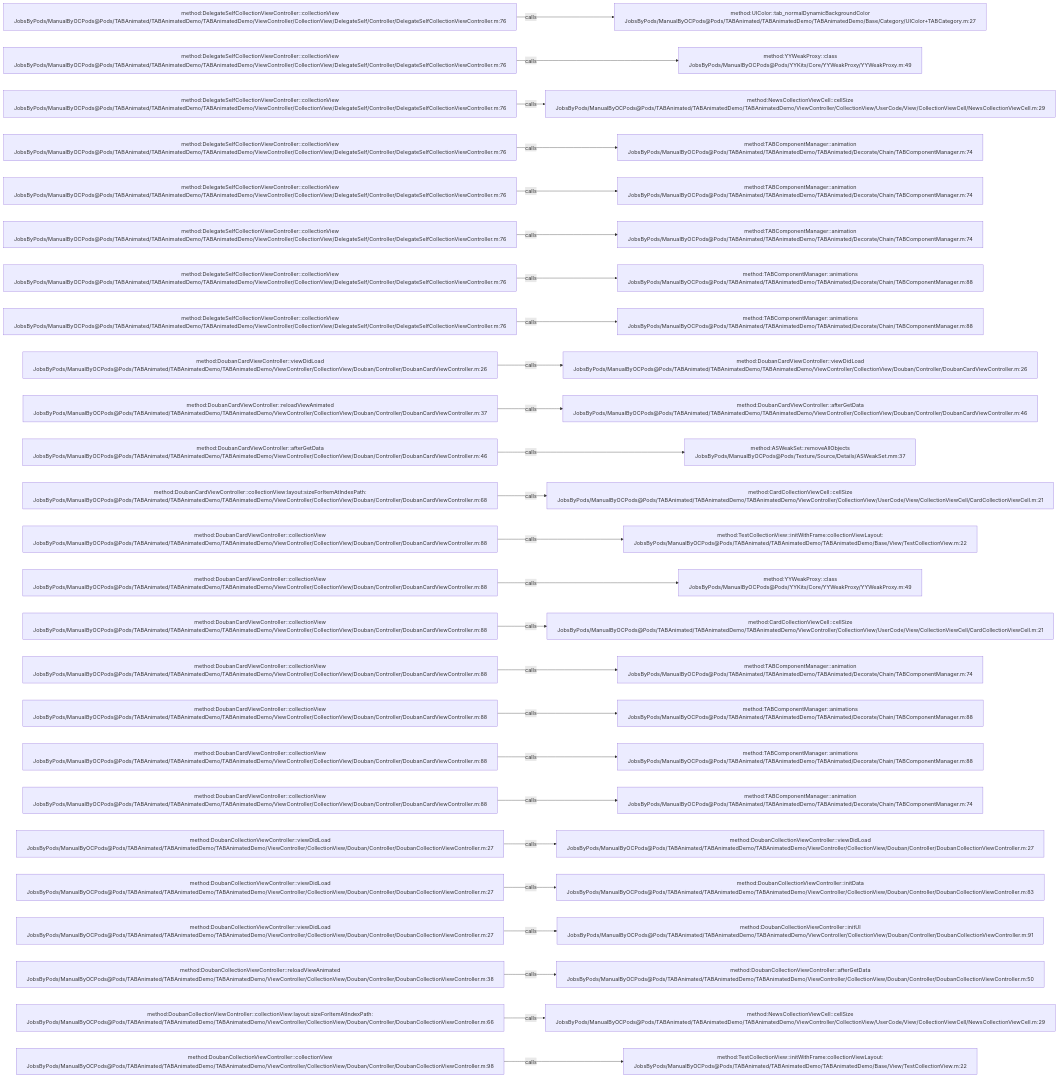
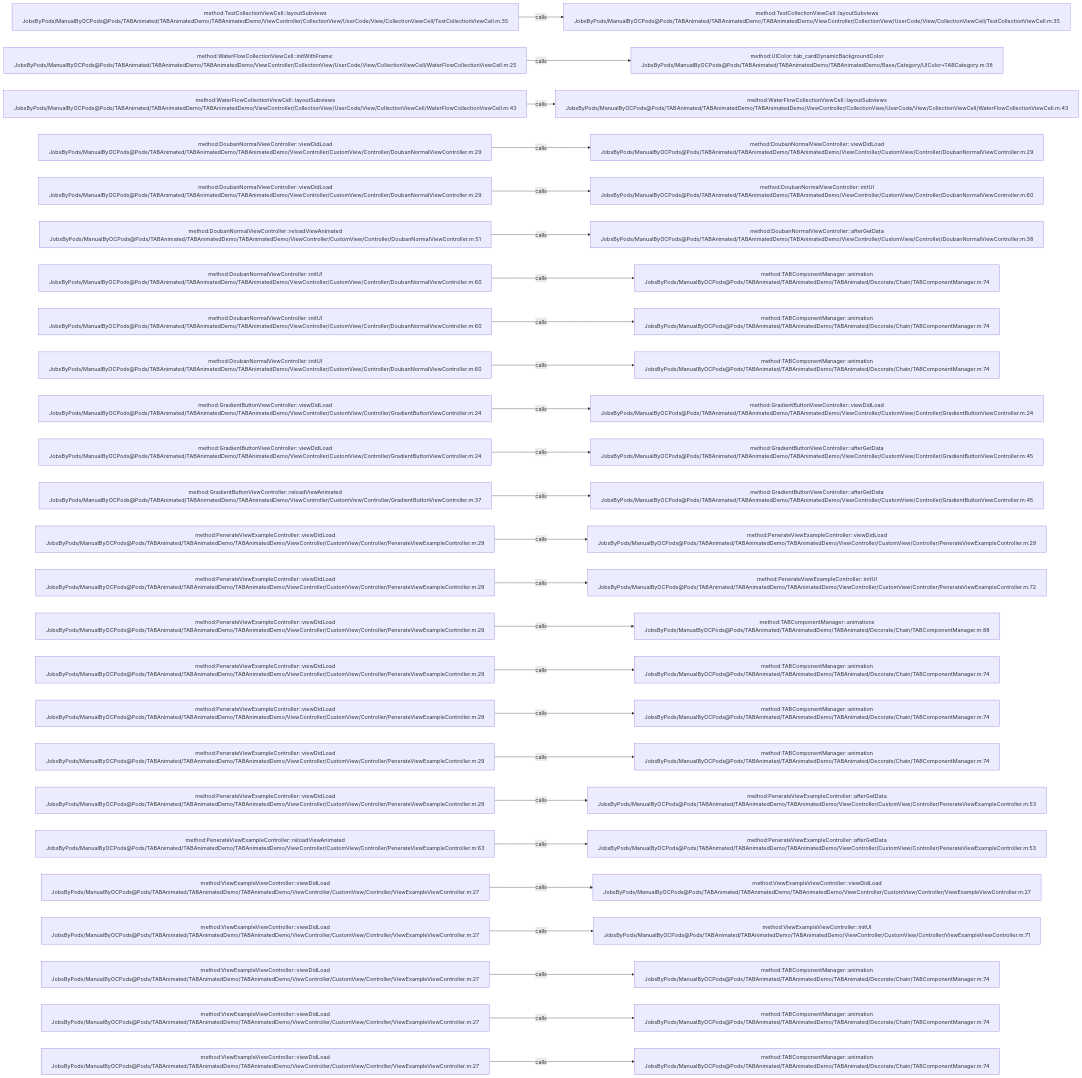
One commit to JobsKits/JobsOCBaseConfigDemo changed the diagram in .codegraph/codegraph.md/graphs/calls-046.md. Above: the diagram before and after it, drawn with Mermaid. The commit also changed 1448 other files, not shown here.

````diff
--- a/.codegraph/codegraph.md/graphs/calls-046.md
+++ b/.codegraph/codegraph.md/graphs/calls-046.md
@@ -13,78 +13,78 @@
 ```mermaid
 flowchart LR
-  S1["method:DelegateSelfCollectionViewController::collectionView<br/>JobsByPods/ManualByOCPods@Pods/TABAnimated/TABAnimatedDemo/TABAnimatedDemo/ViewController/CollectionView/DelegateSelf/Controller/DelegateSelfCollectionViewController.m:76"]
-  T1["method:UIColor::tab_normalDynamicBackgroundColor<br/>JobsByPods/ManualByOCPods@Pods/TABAnimated/TABAnimatedDemo/TABAnimatedDemo/Base/Category/UIColor+TABCategory.m:27"]
+  S1["method:TestCollectionViewCell::layoutSubviews<br/>JobsByPods/ManualByOCPods@Pods/TABAnimated/TABAnimatedDemo/TABAnimatedDemo/ViewController/CollectionView/UserCode/View/CollectionViewCell/TestCollectionViewCell.m:35"]
+  T1["method:TestCollectionViewCell::layoutSubviews<br/>JobsByPods/ManualByOCPods@Pods/TABAnimated/TABAnimatedDemo/TABAnimatedDemo/ViewController/CollectionView/UserCode/View/CollectionViewCell/TestCollectionViewCell.m:35"]
   S1 -->|calls| T1
-  S2["method:DelegateSelfCollectionViewController::collectionView<br/>JobsByPods/ManualByOCPods@Pods/TABAnimated/TABAnimatedDemo/TABAnimatedDemo/ViewController/CollectionView/DelegateSelf/Controller/DelegateSelfCollectionViewController.m:76"]
-  T2["method:YYWeakProxy::class<br/>JobsByPods/ManualByOCPods@Pods/YYKits/Core/YYWeakProxy/YYWeakProxy.m:49"]
+  S2["method:WaterFlowCollectionViewCell::initWithFrame:<br/>JobsByPods/ManualByOCPods@Pods/TABAnimated/TABAnimatedDemo/TABAnimatedDemo/ViewController/CollectionView/UserCode/View/CollectionViewCell/WaterFlowCollectionViewCell.m:25"]
+  T2["method:UIColor::tab_cardDynamicBackgroundColor<br/>JobsByPods/ManualByOCPods@Pods/TABAnimated/TABAnimatedDemo/TABAnimatedDemo/Base/Category/UIColor+TABCategory.m:38"]
   S2 -->|calls| T2
-  S3["method:DelegateSelfCollectionViewController::collectionView<br/>JobsByPods/ManualByOCPods@Pods/TABAnimated/TABAnimatedDemo/TABAnimatedDemo/ViewController/CollectionView/DelegateSelf/Controller/DelegateSelfCollectionViewController.m:76"]
-  T3["method:NewsCollectionViewCell::cellSize<br/>JobsByPods/ManualByOCPods@Pods/TABAnimated/TABAnimatedDemo/TABAnimatedDemo/ViewController/CollectionView/UserCode/View/CollectionViewCell/NewsCollectionViewCell.m:29"]
+  S3["method:WaterFlowCollectionViewCell::layoutSubviews<br/>JobsByPods/ManualByOCPods@Pods/TABAnimated/TABAnimatedDemo/TABAnimatedDemo/ViewController/CollectionView/UserCode/View/CollectionViewCell/WaterFlowCollectionViewCell.m:43"]
+  T3["method:WaterFlowCollectionViewCell::layoutSubviews<br/>JobsByPods/ManualByOCPods@Pods/TABAnimated/TABAnimatedDemo/TABAnimatedDemo/ViewController/CollectionView/UserCode/View/CollectionViewCell/WaterFlowCollectionViewCell.m:43"]
   S3 -->|calls| T3
-  S4["method:DelegateSelfCollectionViewController::collectionView<br/>JobsByPods/ManualByOCPods@Pods/TABAnimated/TABAnimatedDemo/TABAnimatedDemo/ViewController/CollectionView/DelegateSelf/Controller/DelegateSelfCollectionViewController.m:76"]
-  T4["method:TABComponentManager::animation<br/>JobsByPods/ManualByOCPods@Pods/TABAnimated/TABAnimatedDemo/TABAnimated/Decorate/Chain/TABComponentManager.m:74"]
+  S4["method:DoubanNormalViewController::viewDidLoad<br/>JobsByPods/ManualByOCPods@Pods/TABAnimated/TABAnimatedDemo/TABAnimatedDemo/ViewController/CustomView/Controller/DoubanNormalViewController.m:29"]
+  T4["method:DoubanNormalViewController::viewDidLoad<br/>JobsByPods/ManualByOCPods@Pods/TABAnimated/TABAnimatedDemo/TABAnimatedDemo/ViewController/CustomView/Controller/DoubanNormalViewController.m:29"]
   S4 -->|calls| T4
-  S5["method:DelegateSelfCollectionViewController::collectionView<br/>JobsByPods/ManualByOCPods@Pods/TABAnimated/TABAnimatedDemo/TABAnimatedDemo/ViewController/CollectionView/DelegateSelf/Controller/DelegateSelfCollectionViewController.m:76"]
-  T5["method:TABComponentManager::animation<br/>JobsByPods/ManualByOCPods@Pods/TABAnimated/TABAnimatedDemo/TABAnimated/Decorate/Chain/TABComponentManager.m:74"]
+  S5["method:DoubanNormalViewController::viewDidLoad<br/>JobsByPods/ManualByOCPods@Pods/TABAnimated/TABAnimatedDemo/TABAnimatedDemo/ViewController/CustomView/Controller/DoubanNormalViewController.m:29"]
+  T5["method:DoubanNormalViewController::initUI<br/>JobsByPods/ManualByOCPods@Pods/TABAnimated/TABAnimatedDemo/TABAnimatedDemo/ViewController/CustomView/Controller/DoubanNormalViewController.m:60"]
   S5 -->|calls| T5
-  S6["method:DelegateSelfCollectionViewController::collectionView<br/>JobsByPods/ManualByOCPods@Pods/TABAnimated/TABAnimatedDemo/TABAnimatedDemo/ViewController/CollectionView/DelegateSelf/Controller/DelegateSelfCollectionViewController.m:76"]
-  T6["method:TABComponentManager::animation<br/>JobsByPods/ManualByOCPods@Pods/TABAnimated/TABAnimatedDemo/TABAnimated/Decorate/Chain/TABComponentManager.m:74"]
+  S6["method:DoubanNormalViewController::reloadViewAnimated<br/>JobsByPods/ManualByOCPods@Pods/TABAnimated/TABAnimatedDemo/TABAnimatedDemo/ViewController/CustomView/Controller/DoubanNormalViewController.m:51"]
+  T6["method:DoubanNormalViewController::afterGetData<br/>JobsByPods/ManualByOCPods@Pods/TABAnimated/TABAnimatedDemo/TABAnimatedDemo/ViewController/CustomView/Controller/DoubanNormalViewController.m:38"]
   S6 -->|calls| T6
-  S7["method:DelegateSelfCollectionViewController::collectionView<br/>JobsByPods/ManualByOCPods@Pods/TABAnimated/TABAnimatedDemo/TABAnimatedDemo/ViewController/CollectionView/DelegateSelf/Controller/DelegateSelfCollectionViewController.m:76"]
-  T7["method:TABComponentManager::animations<br/>JobsByPods/ManualByOCPods@Pods/TABAnimated/TABAnimatedDemo/TABAnimated/Decorate/Chain/TABComponentManager.m:88"]
+  S7["method:DoubanNormalViewController::initUI<br/>JobsByPods/ManualByOCPods@Pods/TABAnimated/TABAnimatedDemo/TABAnimatedDemo/ViewController/CustomView/Controller/DoubanNormalViewController.m:60"]
+  T7["method:TABComponentManager::animation<br/>JobsByPods/ManualByOCPods@Pods/TABAnimated/TABAnimatedDemo/TABAnimated/Decorate/Chain/TABComponentManager.m:74"]
   S7 -->|calls| T7
-  S8["method:DelegateSelfCollectionViewController::collectionView<br/>JobsByPods/ManualByOCPods@Pods/TABAnimated/TABAnimatedDemo/TABAnimatedDemo/ViewController/CollectionView/DelegateSelf/Controller/DelegateSelfCollectionViewController.m:76"]
-  T8["method:TABComponentManager::animations<br/>JobsByPods/ManualByOCPods@Pods/TABAnimated/TABAnimatedDemo/TABAnimated/Decorate/Chain/TABComponentManager.m:88"]
+  S8["method:DoubanNormalViewController::initUI<br/>JobsByPods/ManualByOCPods@Pods/TABAnimated/TABAnimatedDemo/TABAnimatedDemo/ViewController/CustomView/Controller/DoubanNormalViewController.m:60"]
+  T8["method:TABComponentManager::animation<br/>JobsByPods/ManualByOCPods@Pods/TABAnimated/TABAnimatedDemo/TABAnimated/Decorate/Chain/TABComponentManager.m:74"]
   S8 -->|calls| T8
-  S9["method:DoubanCardViewController::viewDidLoad<br/>JobsByPods/ManualByOCPods@Pods/TABAnimated/TABAnimatedDemo/TABAnimatedDemo/ViewController/CollectionView/Douban/Controller/DoubanCardViewController.m:26"]
-  T9["method:DoubanCardViewController::viewDidLoad<br/>JobsByPods/ManualByOCPods@Pods/TABAnimated/TABAnimatedDemo/TABAnimatedDemo/ViewController/CollectionView/Douban/Controller/DoubanCardViewController.m:26"]
+  S9["method:DoubanNormalViewController::initUI<br/>JobsByPods/ManualByOCPods@Pods/TABAnimated/TABAnimatedDemo/TABAnimatedDemo/ViewController/CustomView/Controller/DoubanNormalViewController.m:60"]
+  T9["method:TABComponentManager::animation<br/>JobsByPods/ManualByOCPods@Pods/TABAnimated/TABAnimatedDemo/TABAnimated/Decorate/Chain/TABComponentManager.m:74"]
   S9 -->|calls| T9
-  S10["method:DoubanCardViewController::reloadViewAnimated<br/>JobsByPods/ManualByOCPods@Pods/TABAnimated/TABAnimatedDemo/TABAnimatedDemo/ViewController/CollectionView/Douban/Controller/DoubanCardViewController.m:37"]
-  T10["method:DoubanCardViewController::afterGetData<br/>JobsByPods/ManualByOCPods@Pods/TABAnimated/TABAnimatedDemo/TABAnimatedDemo/ViewController/CollectionView/Douban/Controller/DoubanCardViewController.m:46"]
+  S10["method:GradientButtonViewController::viewDidLoad<br/>JobsByPods/ManualByOCPods@Pods/TABAnimated/TABAnimatedDemo/TABAnimatedDemo/ViewController/CustomView/Controller/GradientButtonViewController.m:24"]
+  T10["method:GradientButtonViewController::viewDidLoad<br/>JobsByPods/ManualByOCPods@Pods/TABAnimated/TABAnimatedDemo/TABAnimatedDemo/ViewController/CustomView/Controller/GradientButtonViewController.m:24"]
   S10 -->|calls| T10
-  S11["method:DoubanCardViewController::afterGetData<br/>JobsByPods/ManualByOCPods@Pods/TABAnimated/TABAnimatedDemo/TABAnimatedDemo/ViewController/CollectionView/Douban/Controller/DoubanCardViewController.m:46"]
-  T11["method:ASWeakSet::removeAllObjects<br/>JobsByPods/ManualByOCPods@Pods/Texture/Source/Details/ASWeakSet.mm:37"]
+  S11["method:GradientButtonViewController::viewDidLoad<br/>JobsByPods/ManualByOCPods@Pods/TABAnimated/TABAnimatedDemo/TABAnimatedDemo/ViewController/CustomView/Controller/GradientButtonViewController.m:24"]
+  T11["method:GradientButtonViewController::afterGetData<br/>JobsByPods/ManualByOCPods@Pods/TABAnimated/TABAnimatedDemo/TABAnimatedDemo/ViewController/CustomView/Controller/GradientButtonViewController.m:45"]
   S11 -->|calls| T11
-  S12["method:DoubanCardViewController::collectionView:layout:sizeForItemAtIndexPath:<br/>JobsByPods/ManualByOCPods@Pods/TABAnimated/TABAnimatedDemo/TABAnimatedDemo/ViewController/CollectionView/Douban/Controller/DoubanCardViewController.m:68"]
-  T12["method:CardCollectionViewCell::cellSize<br/>JobsByPods/ManualByOCPods@Pods/TABAnimated/TABAnimatedDemo/TABAnimatedDemo/ViewController/CollectionView/UserCode/View/CollectionViewCell/CardCollectionViewCell.m:21"]
+  S12["method:GradientButtonViewController::reloadViewAnimated<br/>JobsByPods/ManualByOCPods@Pods/TABAnimated/TABAnimatedDemo/TABAnimatedDemo/ViewController/CustomView/Controller/GradientButtonViewController.m:37"]
+  T12["method:GradientButtonViewController::afterGetData<br/>JobsByPods/ManualByOCPods@Pods/TABAnimated/TABAnimatedDemo/TABAnimatedDemo/ViewController/CustomView/Controller/GradientButtonViewController.m:45"]
   S12 -->|calls| T12
-  S13["method:DoubanCardViewController::collectionView<br/>JobsByPods/ManualByOCPods@Pods/TABAnimated/TABAnimatedDemo/TABAnimatedDemo/ViewController/CollectionView/Douban/Controller/DoubanCardViewController.m:88"]
-  T13["method:TestCollectionView::initWithFrame:collectionViewLayout:<br/>JobsByPods/ManualByOCPods@Pods/TABAnimated/TABAnimatedDemo/TABAnimatedDemo/Base/View/TestCollectionView.m:22"]
+  S13["method:PenerateViewExampleController::viewDidLoad<br/>JobsByPods/ManualByOCPods@Pods/TABAnimated/TABAnimatedDemo/TABAnimatedDemo/ViewController/CustomView/Controller/PenerateViewExampleController.m:29"]
+  T13["method:PenerateViewExampleController::viewDidLoad<br/>JobsByPods/ManualByOCPods@Pods/TABAnimated/TABAnimatedDemo/TABAnimatedDemo/ViewController/CustomView/Controller/PenerateViewExampleController.m:29"]
   S13 -->|calls| T13
-  S14["method:DoubanCardViewController::collectionView<br/>JobsByPods/ManualByOCPods@Pods/TABAnimated/TABAnimatedDemo/TABAnimatedDemo/ViewController/CollectionView/Douban/Controller/DoubanCardViewController.m:88"]
-  T14["method:YYWeakProxy::class<br/>JobsByPods/ManualByOCPods@Pods/YYKits/Core/YYWeakProxy/YYWeakProxy.m:49"]
+  S14["method:PenerateViewExampleController::viewDidLoad<br/>JobsByPods/ManualByOCPods@Pods/TABAnimated/TABAnimatedDemo/TABAnimatedDemo/ViewController/CustomView/Controller/PenerateViewExampleController.m:29"]
+  T14["method:PenerateViewExampleController::initUI<br/>JobsByPods/ManualByOCPods@Pods/TABAnimated/TABAnimatedDemo/TABAnimatedDemo/ViewController/CustomView/Controller/PenerateViewExampleController.m:72"]
   S14 -->|calls| T14
-  S15["method:DoubanCardViewController::collectionView<br/>JobsByPods/ManualByOCPods@Pods/TABAnimated/TABAnimatedDemo/TABAnimatedDemo/ViewController/CollectionView/Douban/Controller/DoubanCardViewController.m:88"]
-  T15["method:CardCollectionViewCell::cellSize<br/>JobsByPods/ManualByOCPods@Pods/TABAnimated/TABAnimatedDemo/TABAnimatedDemo/ViewController/CollectionView/UserCode/View/CollectionViewCell/CardCollectionViewCell.m:21"]
+  S15["method:PenerateViewExampleController::viewDidLoad<br/>JobsByPods/ManualByOCPods@Pods/TABAnimated/TABAnimatedDemo/TABAnimatedDemo/ViewController/CustomView/Controller/PenerateViewExampleController.m:29"]
+  T15["method:TABComponentManager::animations<br/>JobsByPods/ManualByOCPods@Pods/TABAnimated/TABAnimatedDemo/TABAnimated/Decorate/Chain/TABComponentManager.m:88"]
   S15 -->|calls| T15
-  S16["method:DoubanCardViewController::collectionView<br/>JobsByPods/ManualByOCPods@Pods/TABAnimated/TABAnimatedDemo/TABAnimatedDemo/ViewController/CollectionView/Douban/Controller/DoubanCardViewController.m:88"]
+  S16["method:PenerateViewExampleController::viewDidLoad<br/>JobsByPods/ManualByOCPods@Pods/TABAnimated/TABAnimatedDemo/TABAnimatedDemo/ViewController/CustomView/Controller/PenerateViewExampleController.m:29"]
   T16["method:TABComponentManager::animation<br/>JobsByPods/ManualByOCPods@Pods/TABAnimated/TABAnimatedDemo/TABAnimated/Decorate/Chain/TABComponentManager.m:74"]
   S16 -->|calls| T16
-  S17["method:DoubanCardViewController::collectionView<br/>JobsByPods/ManualByOCPods@Pods/TABAnimated/TABAnimatedDemo/TABAnimatedDemo/ViewController/CollectionView/Douban/Controller/DoubanCardViewController.m:88"]
-  T17["method:TABComponentManager::animations<br/>JobsByPods/ManualByOCPods@Pods/TABAnimated/TABAnimatedDemo/TABAnimated/Decorate/Chain/TABComponentManager.m:88"]
+  S17["method:PenerateViewExampleController::viewDidLoad<br/>JobsByPods/ManualByOCPods@Pods/TABAnimated/TABAnimatedDemo/TABAnimatedDemo/ViewController/CustomView/Controller/PenerateViewExampleController.m:29"]
+  T17["method:TABComponentManager::animation<br/>JobsByPods/ManualByOCPods@Pods/TABAnimated/TABAnimatedDemo/TABAnimated/Decorate/Chain/TABComponentManager.m:74"]
   S17 -->|calls| T17
-  S18["method:DoubanCardViewController::collectionView<br/>JobsByPods/ManualByOCPods@Pods/TABAnimated/TABAnimatedDemo/TABAnimatedDemo/ViewController/CollectionView/Douban/Controller/DoubanCardViewController.m:88"]
-  T18["method:TABComponentManager::animations<br/>JobsByPods/ManualByOCPods@Pods/TABAnimated/TABAnimatedDemo/TABAnimated/Decorate/Chain/TABComponentManager.m:88"]
+  S18["method:PenerateViewExampleController::viewDidLoad<br/>JobsByPods/ManualByOCPods@Pods/TABAnimated/TABAnimatedDemo/TABAnimatedDemo/ViewController/CustomView/Controller/PenerateViewExampleController.m:29"]
+  T18["method:TABComponentManager::animation<br/>JobsByPods/ManualByOCPods@Pods/TABAnimated/TABAnimatedDemo/TABAnimated/Decorate/Chain/TABComponentManager.m:74"]
   S18 -->|calls| T18
-  S19["method:DoubanCardViewController::collectionView<br/>JobsByPods/ManualByOCPods@Pods/TABAnimated/TABAnimatedDemo/TABAnimatedDemo/ViewController/CollectionView/Douban/Controller/DoubanCardViewController.m:88"]
-  T19["method:TABComponentManager::animation<br/>JobsByPods/ManualByOCPods@Pods/TABAnimated/TABAnimatedDemo/TABAnimated/Decorate/Chain/TABComponentManager.m:74"]
+  S19["method:PenerateViewExampleController::viewDidLoad<br/>JobsByPods/ManualByOCPods@Pods/TABAnimated/TABAnimatedDemo/TABAnimatedDemo/ViewController/CustomView/Controller/PenerateViewExampleController.m:29"]
+  T19["method:PenerateViewExampleController::afterGetData<br/>JobsByPods/ManualByOCPods@Pods/TABAnimated/TABAnimatedDemo/TABAnimatedDemo/ViewController/CustomView/Controller/PenerateViewExampleController.m:53"]
   S19 -->|calls| T19
-  S20["method:DoubanCollectionViewController::viewDidLoad<br/>JobsByPods/ManualByOCPods@Pods/TABAnimated/TABAnimatedDemo/TABAnimatedDemo/ViewController/CollectionView/Douban/Controller/DoubanCollectionViewController.m:27"]
-  T20["method:DoubanCollectionViewController::viewDidLoad<br/>JobsByPods/ManualByOCPods@Pods/TABAnimated/TABAnimatedDemo/TABAnimatedDemo/ViewController/CollectionView/Douban/Controller/DoubanCollectionViewController.m:27"]
+  S20["method:PenerateViewExampleController::reloadViewAnimated<br/>JobsByPods/ManualByOCPods@Pods/TABAnimated/TABAnimatedDemo/TABAnimatedDemo/ViewController/CustomView/Controller/PenerateViewExampleController.m:63"]
+  T20["method:PenerateViewExampleController::afterGetData<br/>JobsByPods/ManualByOCPods@Pods/TABAnimated/TABAnimatedDemo/TABAnimatedDemo/ViewController/CustomView/Controller/PenerateViewExampleController.m:53"]
   S20 -->|calls| T20
-  S21["method:DoubanCollectionViewController::viewDidLoad<br/>JobsByPods/ManualByOCPods@Pods/TABAnimated/TABAnimatedDemo/TABAnimatedDemo/ViewController/CollectionView/Douban/Controller/DoubanCollectionViewController.m:27"]
-  T21["method:DoubanCollectionViewController::initData<br/>JobsByPods/ManualByOCPods@Pods/TABAnimated/TABAnimatedDemo/TABAnimatedDemo/ViewController/CollectionView/Douban/Controller/DoubanCollectionViewController.m:83"]
+  S21["method:ViewExampleViewController::viewDidLoad<br/>JobsByPods/ManualByOCPods@Pods/TABAnimated/TABAnimatedDemo/TABAnimatedDemo/ViewController/CustomView/Controller/ViewExampleViewController.m:27"]
+  T21["method:ViewExampleViewController::viewDidLoad<br/>JobsByPods/ManualByOCPods@Pods/TABAnimated/TABAnimatedDemo/TABAnimatedDemo/ViewController/CustomView/Controller/ViewExampleViewController.m:27"]
   S21 -->|calls| T21
-  S22["method:DoubanCollectionViewController::viewDidLoad<br/>JobsByPods/ManualByOCPods@Pods/TABAnimated/TABAnimatedDemo/TABAnimatedDemo/ViewController/CollectionView/Douban/Controller/DoubanCollectionViewController.m:27"]
-  T22["method:DoubanCollectionViewController::initUI<br/>JobsByPods/ManualByOCPods@Pods/TABAnimated/TABAnimatedDemo/TABAnimatedDemo/ViewController/CollectionView/Douban/Controller/DoubanCollectionViewController.m:91"]
+  S22["method:ViewExampleViewController::viewDidLoad<br/>JobsByPods/ManualByOCPods@Pods/TABAnimated/TABAnimatedDemo/TABAnimatedDemo/ViewController/CustomView/Controller/ViewExampleViewController.m:27"]
+  T22["method:ViewExampleViewController::initUI<br/>JobsByPods/ManualByOCPods@Pods/TABAnimated/TABAnimatedDemo/TABAnimatedDemo/ViewController/CustomView/Controller/ViewExampleViewController.m:71"]
   S22 -->|calls| T22
-  S23["method:DoubanCollectionViewController::reloadViewAnimated<br/>JobsByPods/ManualByOCPods@Pods/TABAnimated/TABAnimatedDemo/TABAnimatedDemo/ViewController/CollectionView/Douban/Controller/DoubanCollectionViewController.m:38"]
-  T23["method:DoubanCollectionViewController::afterGetData<br/>JobsByPods/ManualByOCPods@Pods/TABAnimated/TABAnimatedDemo/TABAnimatedDemo/ViewController/CollectionView/Douban/Controller/DoubanCollectionViewController.m:50"]
+  S23["method:ViewExampleViewController::viewDidLoad<br/>JobsByPods/ManualByOCPods@Pods/TABAnimated/TABAnimatedDemo/TABAnimatedDemo/ViewController/CustomView/Controller/ViewExampleViewController.m:27"]
+  T23["method:TABComponentManager::animation<br/>JobsByPods/ManualByOCPods@Pods/TABAnimated/TABAnimatedDemo/TABAnimated/Decorate/Chain/TABComponentManager.m:74"]
   S23 -->|calls| T23
-  S24["method:DoubanCollectionViewController::collectionView:layout:sizeForItemAtIndexPath:<br/>JobsByPods/ManualByOCPods@Pods/TABAnimated/TABAnimatedDemo/TABAnimatedDemo/ViewController/CollectionView/Douban/Controller/DoubanCollectionViewController.m:66"]
-  T24["method:NewsCollectionViewCell::cellSize<br/>JobsByPods/ManualByOCPods@Pods/TABAnimated/TABAnimatedDemo/TABAnimatedDemo/ViewController/CollectionView/UserCode/View/CollectionViewCell/NewsCollectionViewCell.m:29"]
+  S24["method:ViewExampleViewController::viewDidLoad<br/>JobsByPods/ManualByOCPods@Pods/TABAnimated/TABAnimatedDemo/TABAnimatedDemo/ViewController/CustomView/Controller/ViewExampleViewController.m:27"]
+  T24["method:TABComponentManager::animation<br/>JobsByPods/ManualByOCPods@Pods/TABAnimated/TABAnimatedDemo/TABAnimated/Decorate/Chain/TABComponentManager.m:74"]
   S24 -->|calls| T24
-  S25["method:DoubanCollectionViewController::collectionView<br/>JobsByPods/ManualByOCPods@Pods/TABAnimated/TABAnimatedDemo/TABAnimatedDemo/ViewController/CollectionView/Douban/Controller/DoubanCollectionViewController.m:98"]
-  T25["method:TestCollectionView::initWithFrame:collectionViewLayout:<br/>JobsByPods/ManualByOCPods@Pods/TABAnimated/TABAnimatedDemo/TABAnimatedDemo/Base/View/TestCollectionView.m:22"]
+  S25["method:ViewExampleViewController::viewDidLoad<br/>JobsByPods/ManualByOCPods@Pods/TABAnimated/TABAnimatedDemo/TABAnimatedDemo/ViewController/CustomView/Controller/ViewExampleViewController.m:27"]
+  T25["method:TABComponentManager::animation<br/>JobsByPods/ManualByOCPods@Pods/TABAnimated/TABAnimatedDemo/TABAnimated/Decorate/Chain/TABComponentManager.m:74"]
   S25 -->|calls| T25
 ```
````
